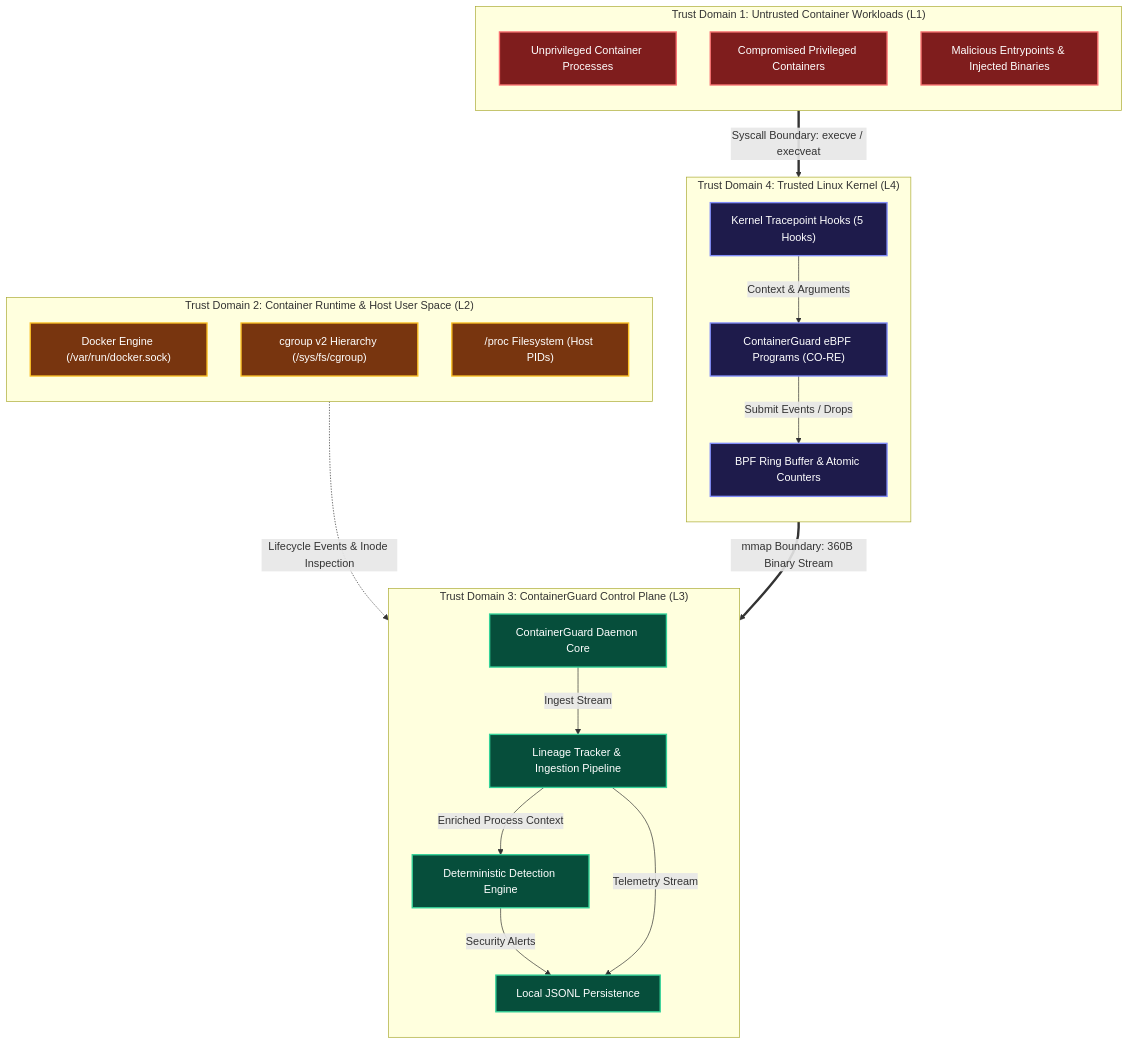
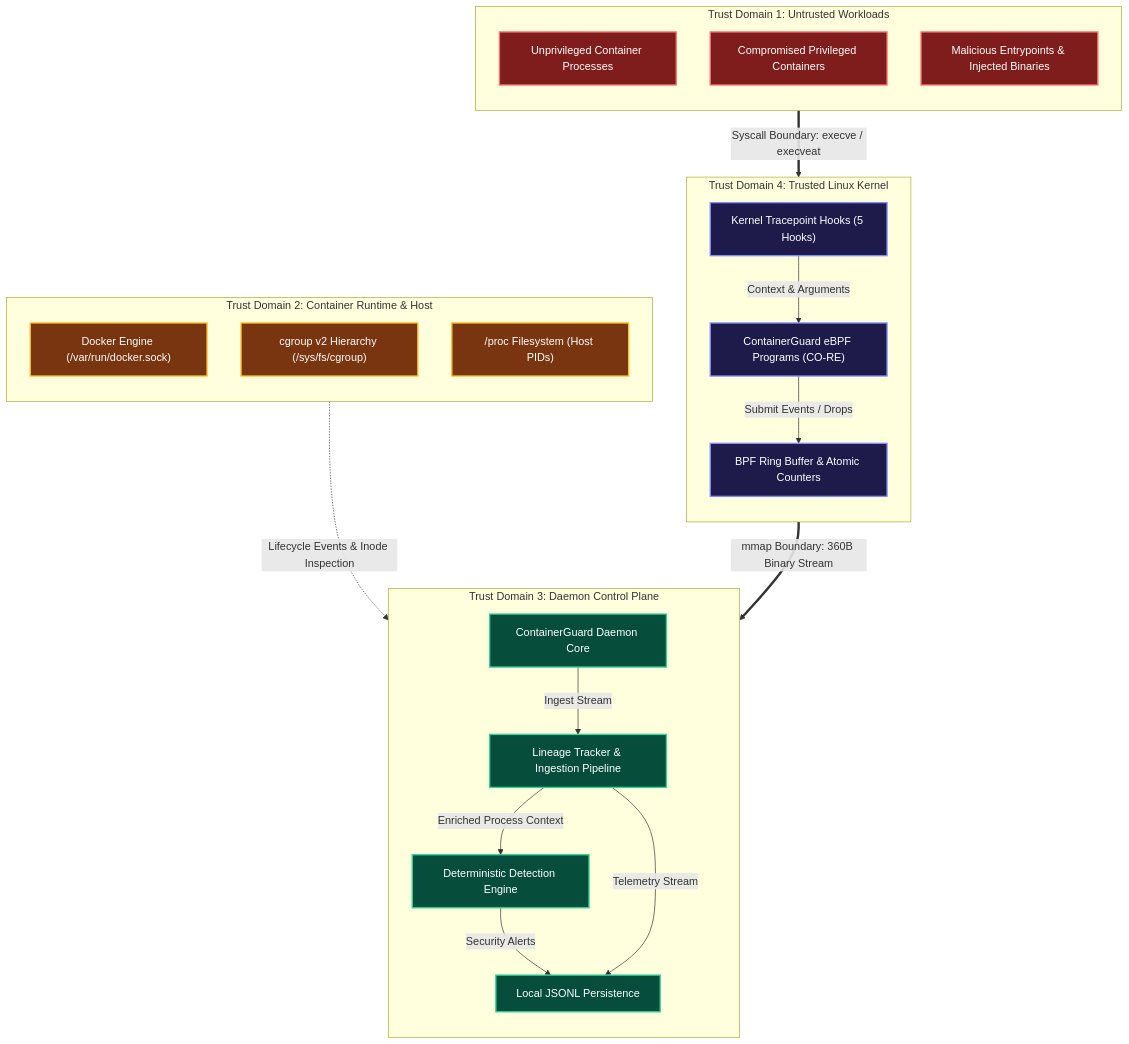
Before and after one commit to ramKarthik57/containerguard: the diagram in THREAT_MODEL.md, drawn with Mermaid. The commit also changed 4 other files, not shown here.

First line of the commit message:
docs(diagrams): rectify all visual collisions, squishing, and viewer widget obstructions

````diff
--- a/THREAT_MODEL.md
+++ b/THREAT_MODEL.md
@@ -25,50 +25,50 @@
 ```mermaid
 flowchart TD
-    subgraph TD1 ["Trust Domain 1: Untrusted Container Workloads (L1)"]
+    subgraph TD1 ["Trust Domain 1: Untrusted Workloads"]
         direction TB
         C1["Unprivileged Container Processes"]
         C2["Compromised Privileged Containers"]
         C3["Malicious Entrypoints & Injected Binaries"]
     end
 
-    subgraph TD4 ["Trust Domain 4: Trusted Linux Kernel (L4)"]
+    subgraph TD4 ["Trust Domain 4: Trusted Linux Kernel"]
         direction TB
         TRACE["Kernel Tracepoint Hooks (5 Hooks)"]
         EBPF["ContainerGuard eBPF Programs (CO-RE)"]
         MAPS["BPF Ring Buffer & Atomic Counters"]
         TRACE -->|Context & Arguments| EBPF
         EBPF -->|Submit Events / Drops| MAPS
     end
 
-    subgraph TD2 ["Trust Domain 2: Container Runtime & Host User Space (L2)"]
-        direction TB
-        DOCK["Docker Engine (/var/run/docker.sock)"]
-        CGROUP["cgroup v2 Hierarchy (/sys/fs/cgroup)"]
-        PROC["/proc Filesystem (Host PIDs)"]
-    end
-
-    subgraph TD3 ["Trust Domain 3: ContainerGuard Control Plane (L3)"]
+    subgraph TD3 ["Trust Domain 3: Daemon Control Plane"]
         direction TB
         DAEMON["ContainerGuard Daemon Core"]
         LINEAGE["Lineage Tracker & Ingestion Pipeline"]
         DETECTION["Deterministic Detection Engine"]
         STORAGE["Local JSONL Persistence"]
         DAEMON -->|Ingest Stream| LINEAGE
         LINEAGE -->|Enriched Process Context| DETECTION
         DETECTION -->|Security Alerts| STORAGE
         LINEAGE -->|Telemetry Stream| STORAGE
+    end
+
+    subgraph TD2 ["Trust Domain 2: Container Runtime & Host"]
+        direction TB
+        DOCK["Docker Engine (/var/run/docker.sock)"]
+        CGROUP["cgroup v2 Hierarchy (/sys/fs/cgroup)"]
+        PROC["/proc Filesystem (Host PIDs)"]
     end
 
     TD1 ==>|Syscall Boundary: execve / execveat| TRACE
     MAPS ==>|mmap Boundary: 360B Binary Stream| DAEMON
     TD2 -.->|Lifecycle Events & Inode Inspection| DAEMON
 
     classDef td1 fill:#7f1d1d,stroke:#f87171,stroke-width:2px,color:#fff;
     classDef td2 fill:#78350f,stroke:#fbbf24,stroke-width:2px,color:#fff;
     classDef td3 fill:#064e3b,stroke:#34d399,stroke-width:2px,color:#fff;
     classDef td4 fill:#1e1b4b,stroke:#818cf8,stroke-width:2px,color:#fff;
     class C1,C2,C3 td1;
     class DOCK,CGROUP,PROC td2;
     class DAEMON,LINEAGE,DETECTION,STORAGE td3;
     class TRACE,EBPF,MAPS td4;
 ```
````
